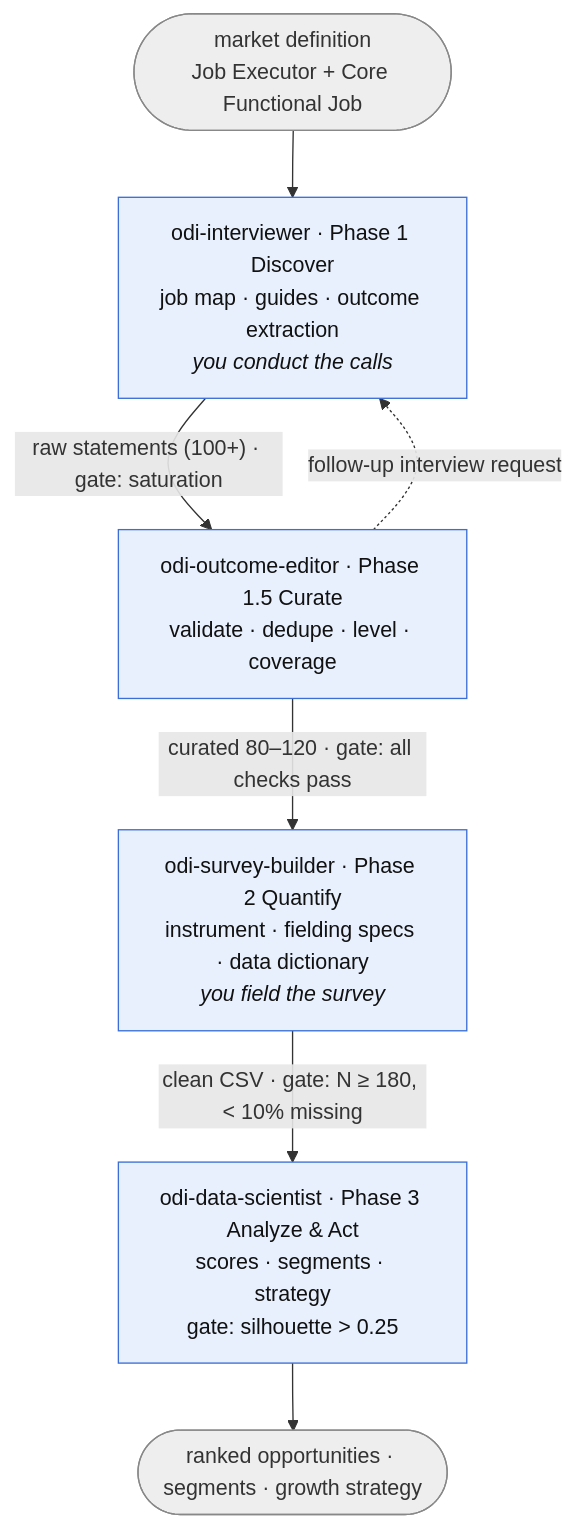
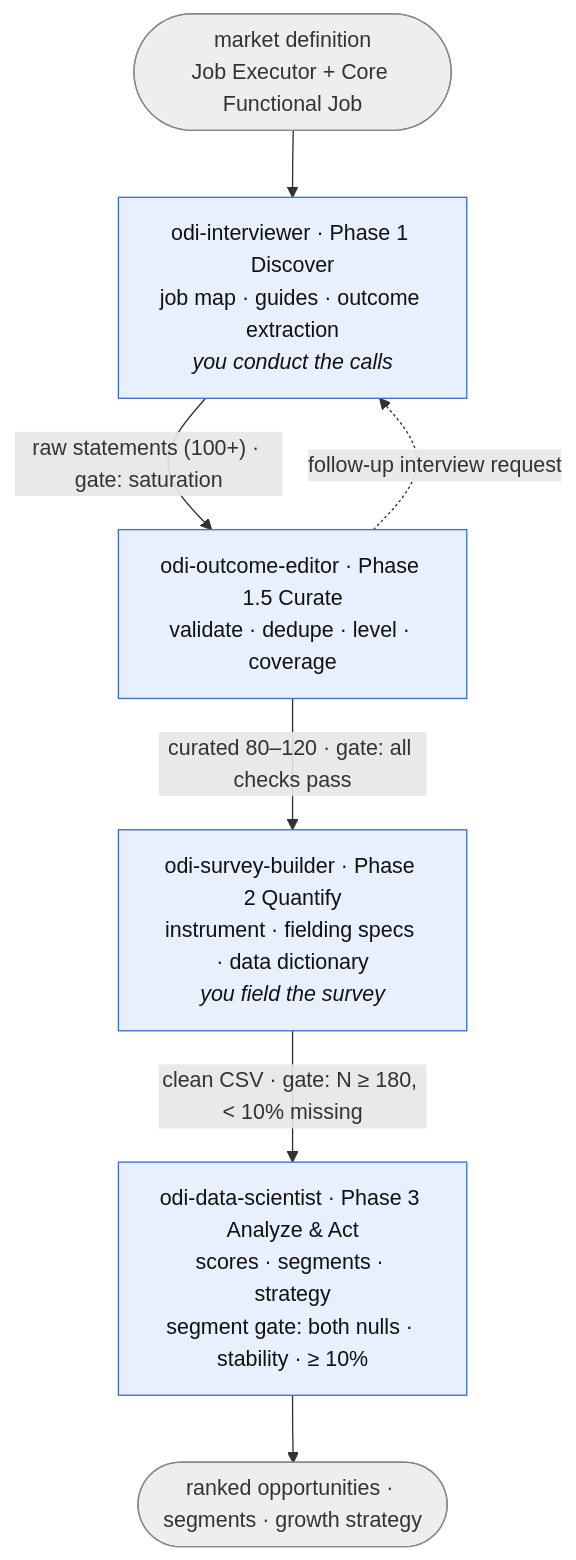
The third of 6 diagrams in docs/how-it-works.md (Daniel085/ProductExpert), drawn with Mermaid before and after one commit. The commit also changed other lines of this file and 24 other files, not shown here.

First line of the commit message:
Test ODI segments against nulls; ship a runnable analysis

````diff
--- a/docs/how-it-works.md
+++ b/docs/how-it-works.md
@@ -234,13 +235,13 @@
 ```mermaid
 flowchart TD
   md(["market definition<br/>Job Executor + Core Functional Job"]) --> i
   i["odi-interviewer · Phase 1 Discover<br/>job map · guides · outcome extraction<br/><i>you conduct the calls</i>"] -- "raw statements (100+) · gate: saturation" --> e
   e["odi-outcome-editor · Phase 1.5 Curate<br/>validate · dedupe · level · coverage"] -- "curated 80–120 · gate: all checks pass" --> s
   e -. "follow-up interview request" .-> i
   s["odi-survey-builder · Phase 2 Quantify<br/>instrument · fielding specs · data dictionary<br/><i>you field the survey</i>"] -- "clean CSV · gate: N ≥ 180, < 10% missing" --> d
-  d["odi-data-scientist · Phase 3 Analyze & Act<br/>scores · segments · strategy<br/>gate: silhouette > 0.25"] --> out(["ranked opportunities · segments · growth strategy"])
+  d["odi-data-scientist · Phase 3 Analyze & Act<br/>scores · segments · strategy<br/>segment gate: both nulls · stability · ≥ 10%"] --> out(["ranked opportunities · segments · growth strategy"])
   classDef agent fill:#e8f0fe,stroke:#3b6fd6,color:#111
   classDef edge fill:#eee,stroke:#888,color:#333
   class i,e,s,d agent
   class md,out edge
 ```
````
